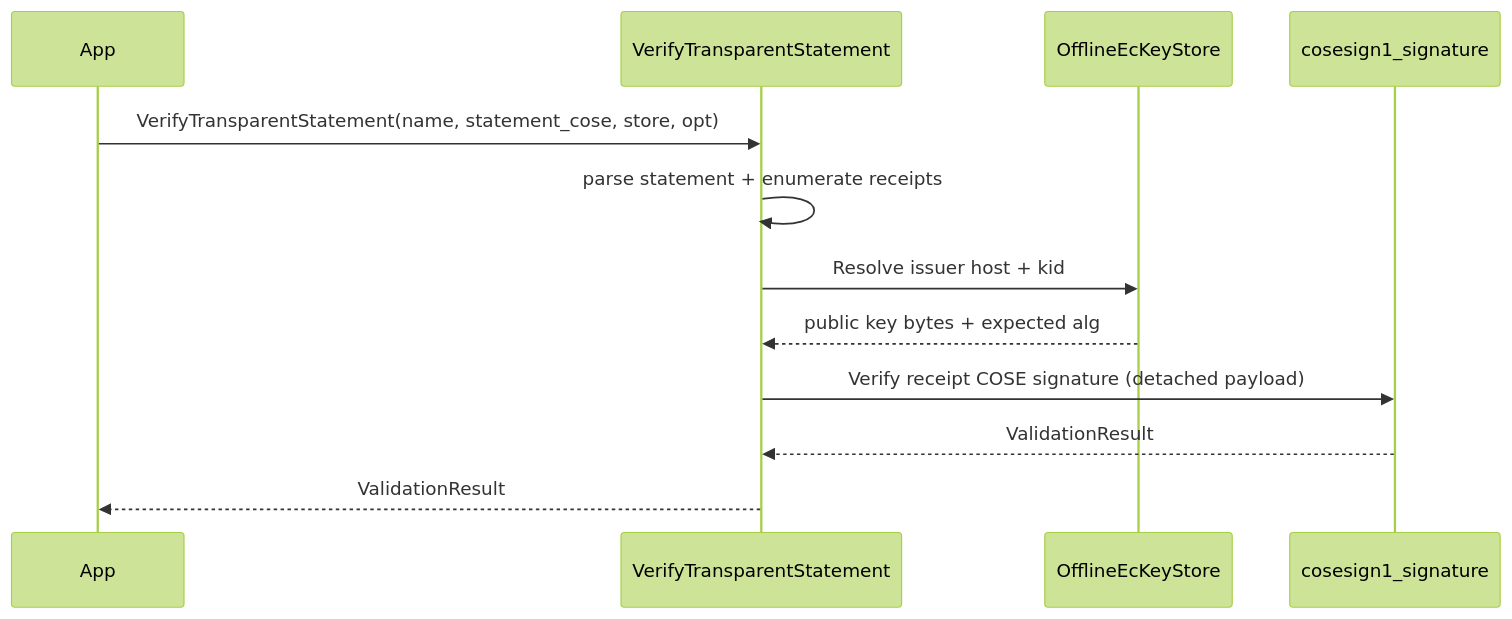
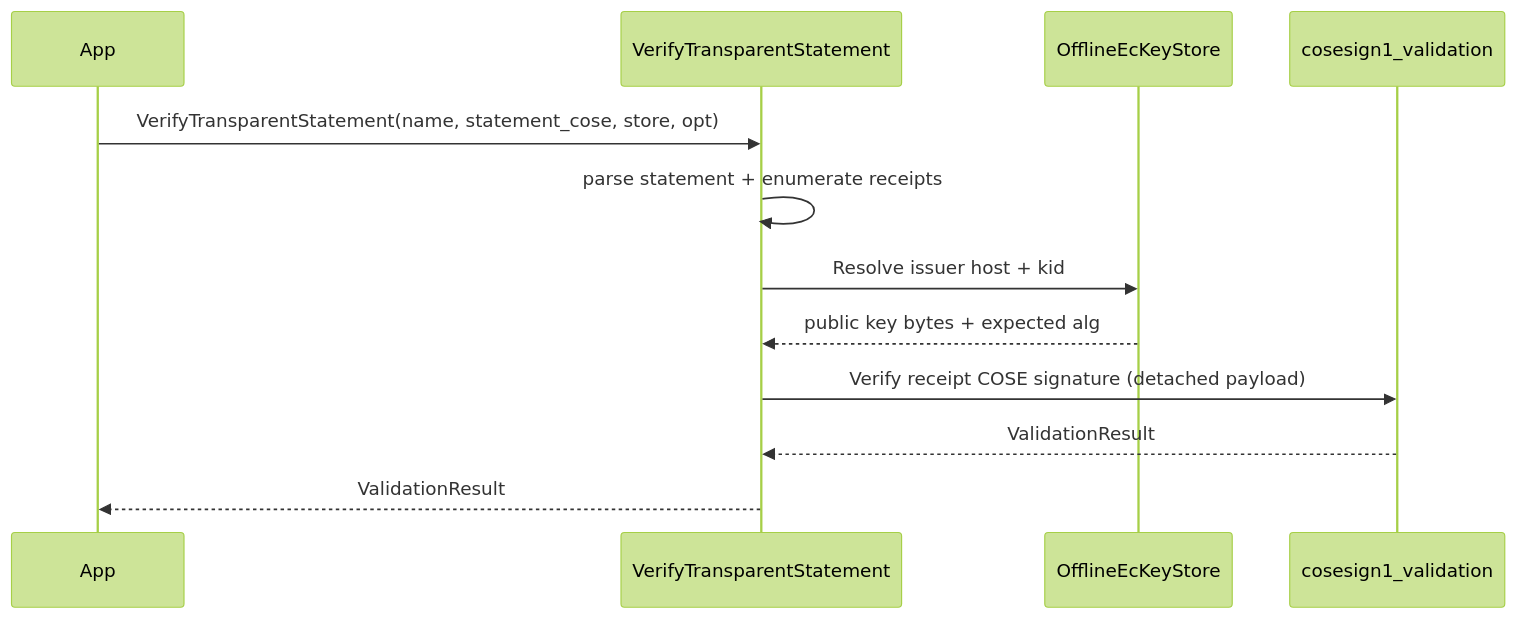
Before and after one commit to microsoft/CoseSignTool: the diagram in native/docs/verifiers/mst.md, drawn with Mermaid (forest theme). The commit also changed 49 other files, not shown here.

````diff
--- a/native/docs/verifiers/mst.md
+++ b/native/docs/verifiers/mst.md
@@ -80,15 +80,15 @@
 ```mermaid
 sequenceDiagram
   participant App
   participant MST as VerifyTransparentStatement
   participant Store as OfflineEcKeyStore
-  participant Sig as cosesign1_signature
+  participant Sig as cosesign1_validation
 
   App->>MST: VerifyTransparentStatement(name, statement_cose, store, opt)
   MST->>MST: parse statement + enumerate receipts
   MST->>Store: Resolve issuer host + kid
   Store-->>MST: public key bytes + expected alg
   MST->>Sig: Verify receipt COSE signature (detached payload)
   Sig-->>MST: ValidationResult
   MST-->>App: ValidationResult
 ```
````
